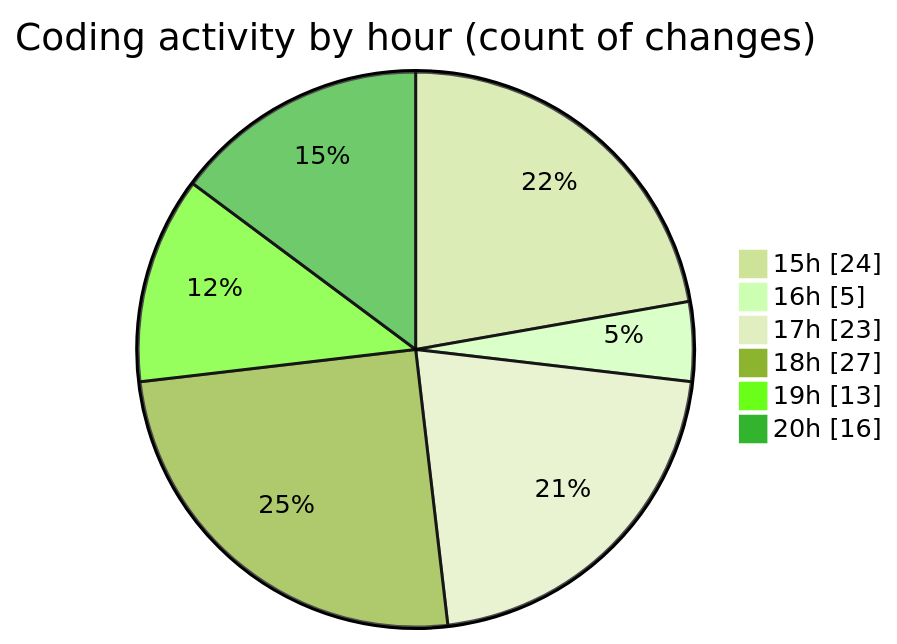
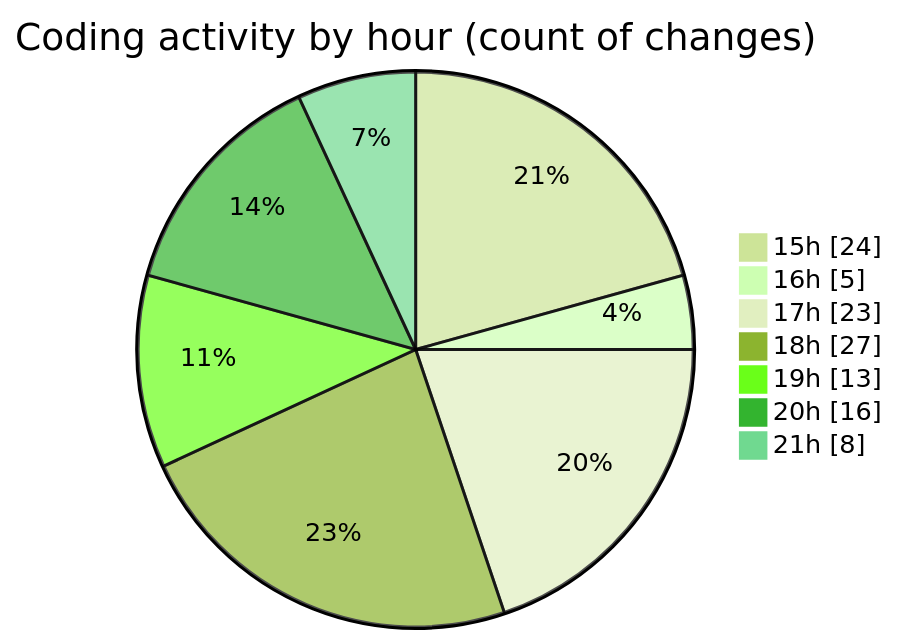
Before and after one commit to EIIisD/code-tracking: the second of 2 diagrams in 2025-08-02/tw-server/README.md, drawn with Mermaid (forest theme). The commit also changed other lines of this file and 1 other file, not shown here.

````diff
--- a/2025-08-02/tw-server/README.md
+++ b/2025-08-02/tw-server/README.md
@@ -36,10 +36,11 @@
 ```mermaid
 pie showData
 title Coding activity by hour (count of changes)
 "15h" : 24
 "16h" : 5
 "17h" : 23
 "18h" : 27
 "19h" : 13
 "20h" : 16
+"21h" : 8
 ```
````
